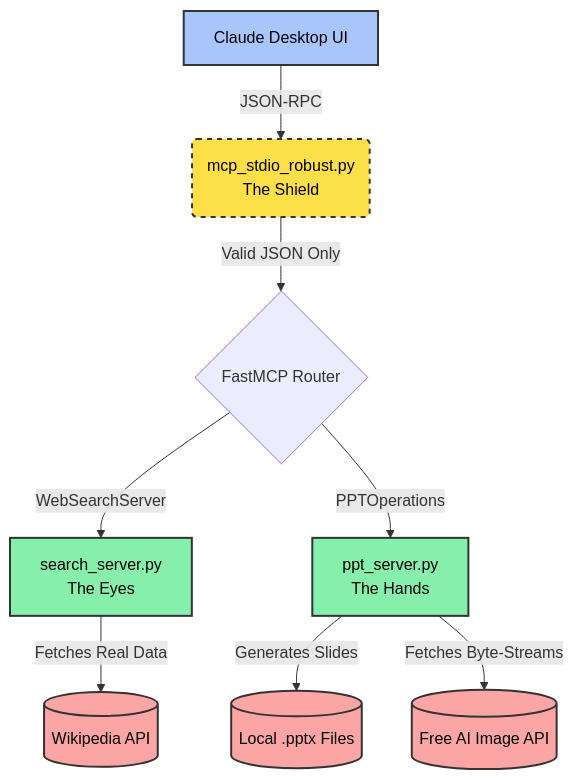
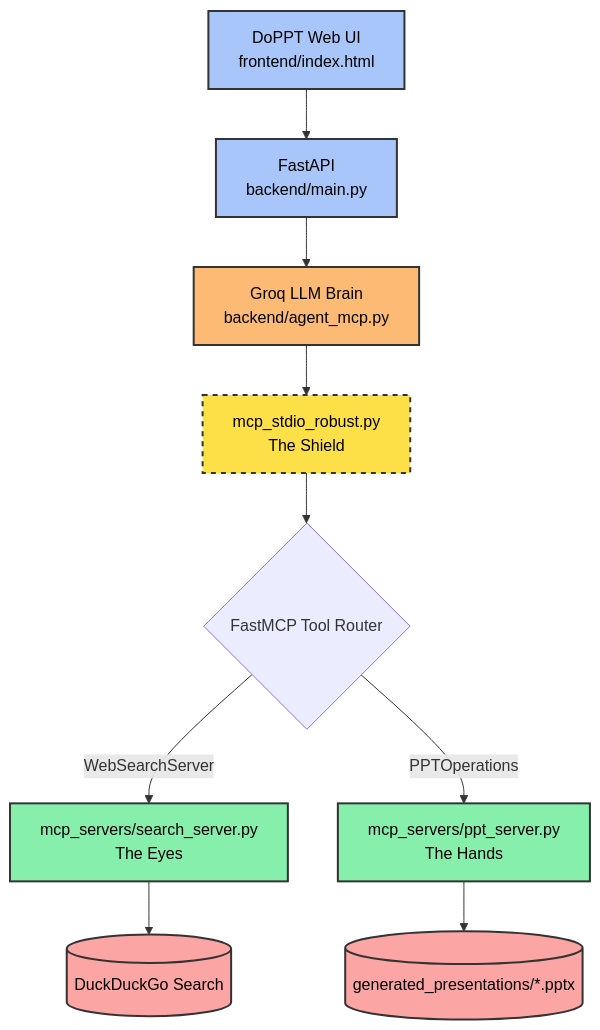
Before and after one commit to mallampati-sumanth/calibo-ppt-agent: the diagram in README.md, drawn with Mermaid. The commit also changed other lines of this file and 4 other files, not shown here.

Commit message:
docs: update README to current DoPPT web architecture

````diff
--- a/README.md
+++ b/README.md
@@ -63,17 +65,19 @@
 ```mermaid
 graph TD
     classDef ui fill:#A8C6FA,stroke:#333,stroke-width:2px,color:#000;
+    classDef brain fill:#FDBA74,stroke:#333,stroke-width:2px,color:#000;
     classDef shield fill:#FDE047,stroke:#333,stroke-width:2px,stroke-dasharray: 5 5,color:#000;
     classDef server fill:#86EFAC,stroke:#333,stroke-width:2px,color:#000;
     classDef external fill:#FCA5A5,stroke:#333,stroke-width:2px,color:#000;
 
-    UI[Claude Desktop UI]:::ui -- JSON-RPC --> Shield(mcp_stdio_robust.py<br/>The Shield):::shield
-    Shield -- "Valid JSON Only" --> Framework{FastMCP Router}
-    
-    Framework -->|WebSearchServer| Search[search_server.py<br/>The Eyes]:::server
-    Search -- "Fetches Real Data" --> Wiki[(Wikipedia API)]:::external
-    
-    Framework -->|PPTOperations| PPT[ppt_server.py<br/>The Hands]:::server
-    PPT -- "Generates Slides" --> Disk[(Local .pptx Files)]:::external
-    PPT -- "Fetches Byte-Streams" --> AI_Image[(Free AI Image API)]:::external
+    UI[DoPPT Web UI<br/>frontend/index.html]:::ui --> API[FastAPI<br/>backend/main.py]:::ui
+    API --> Brain[Groq LLM Brain<br/>backend/agent_mcp.py]:::brain
+    Brain --> Shield[mcp_stdio_robust.py<br/>The Shield]:::shield
+    Shield --> Router{FastMCP Tool Router}
+
+    Router -->|WebSearchServer| Search[mcp_servers/search_server.py<br/>The Eyes]:::server
+    Search --> DDG[(DuckDuckGo Search)]:::external
+
+    Router -->|PPTOperations| PPT[mcp_servers/ppt_server.py<br/>The Hands]:::server
+    PPT --> Disk[(generated_presentations/*.pptx)]:::external
 ```
````
